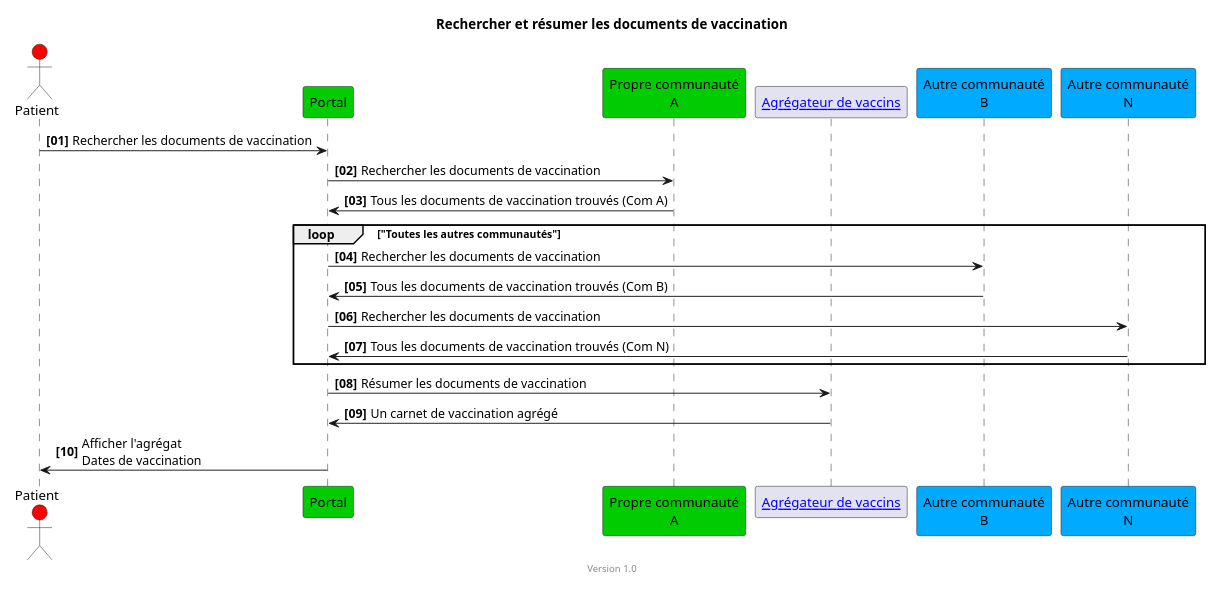
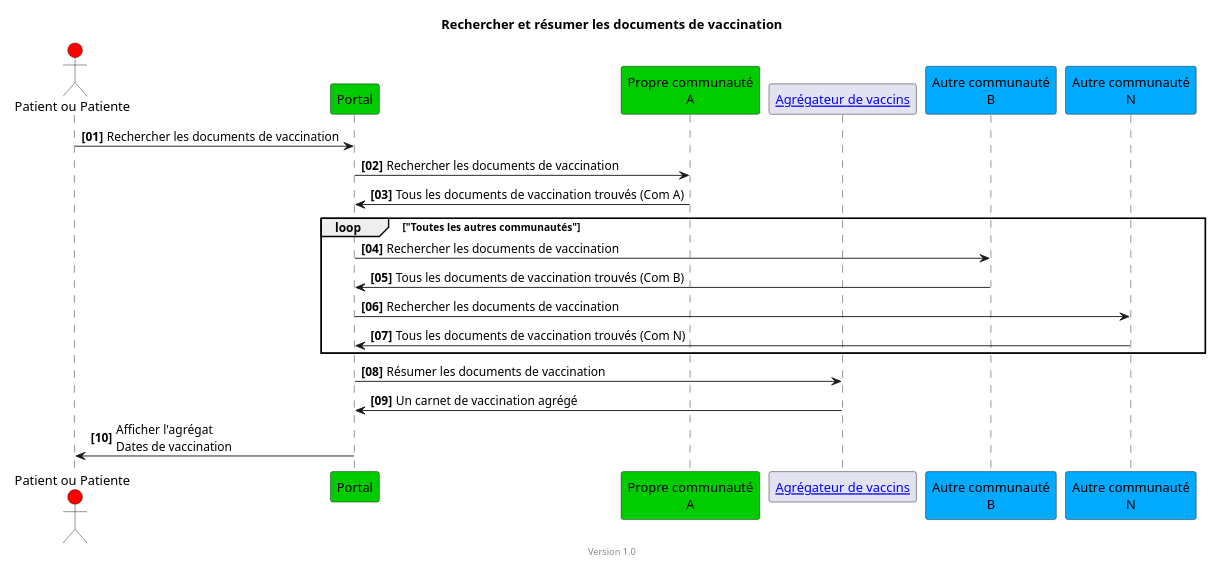
Before and after one commit to hl7ch/ch-vacd: the diagram in input/images-source/epd-find-all-vaccination-docs-simple-patient-fr.plantuml, drawn with PlantUML. The commit also changed 7 other files, not shown here.

Commit message:
genderize the patient entries in the diagrams. add missing diagrams into pages (#390)

```diff
--- a/input/images-source/epd-find-all-vaccination-docs-simple-patient-fr.plantuml
+++ b/input/images-source/epd-find-all-vaccination-docs-simple-patient-fr.plantuml
@@ -1,31 +1,31 @@
 @startuml
 title Rechercher et résumer les documents de vaccination
 footer Version 1.0
 skinparam responseMessageBelowArrow true
 scale max 800 width
 
-actor Patient #red
+actor "Patient ou Patiente" as pat #red
 participant "Portal" #00CC00
 participant "Propre communauté\nA" #00CC00
 
 participant "[[aggregator.html Agrégateur de vaccins]]" as aggr
 participant "Autre communauté\nB" #00aaff
 participant "Autre communauté\nN" #00aaff
 
 
 autonumber "<b>[00]"
-Patient -> "Portal": Rechercher les documents de vaccination
+pat -> "Portal": Rechercher les documents de vaccination
 "Portal" -> "Propre communauté\nA": Rechercher les documents de vaccination
 "Propre communauté\nA" -> "Portal": Tous les documents de vaccination trouvés (Com A)
 loop "Toutes les autres communautés"
 "Portal" -> "Autre communauté\nB": Rechercher les documents de vaccination
 "Autre communauté\nB" -> "Portal": Tous les documents de vaccination trouvés (Com B)
 
 "Portal" -> "Autre communauté\nN": Rechercher les documents de vaccination
 "Autre communauté\nN" -> "Portal": Tous les documents de vaccination trouvés (Com N)
 end
 "Portal" -> aggr: Résumer les documents de vaccination
 aggr ->  "Portal": Un carnet de vaccination agrégé
-"Portal" -> Patient: Afficher l'agrégat\nDates de vaccination
+"Portal" -> pat: Afficher l'agrégat\nDates de vaccination
 
 @enduml
```
